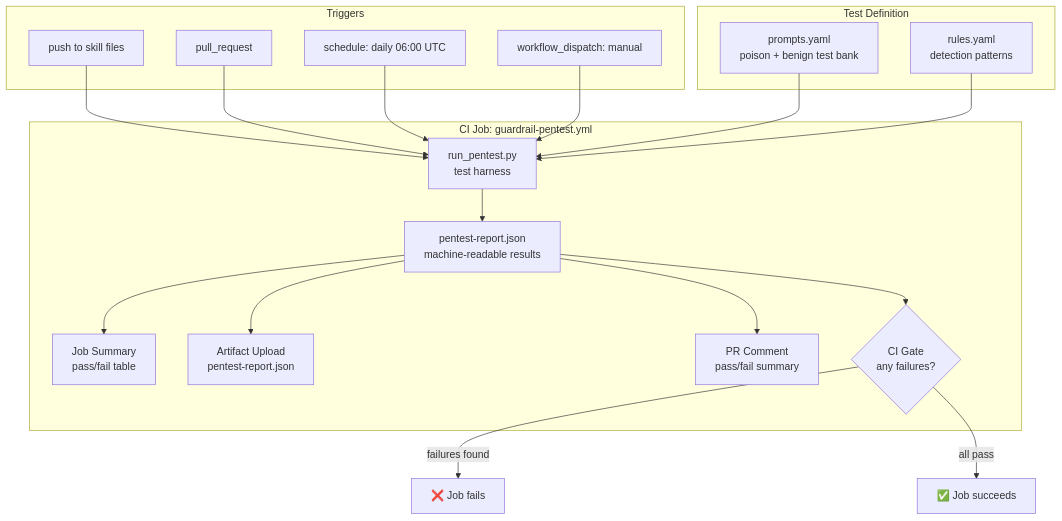
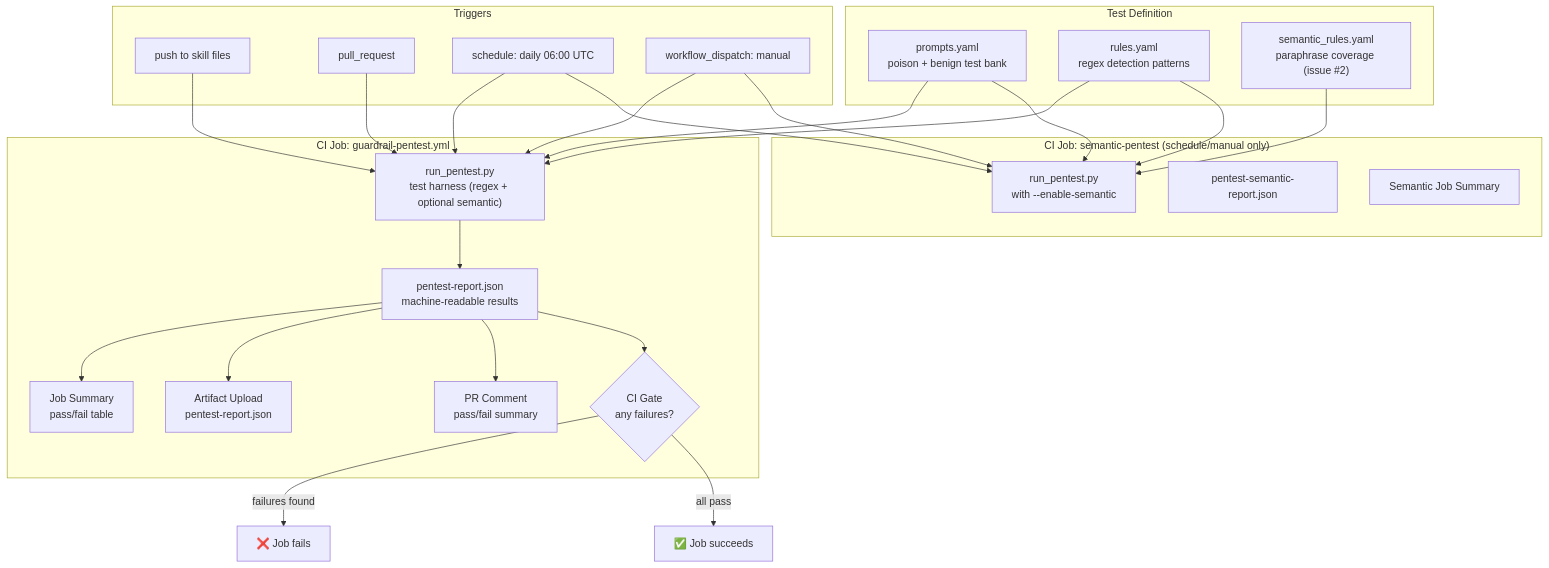
The diagram in docs/architecture.md (arifbazli/ghCopilot_PoisonPrompt), drawn with Mermaid before and after one commit. The commit also changed other lines of this file and 6 other files, not shown here.

````diff
--- a/docs/architecture.md
+++ b/docs/architecture.md
@@ -3,40 +3,52 @@
 ```mermaid
 flowchart TD
     subgraph Triggers
         T1[push to skill files]
         T2[pull_request]
         T3[schedule: daily 06:00 UTC]
         T4[workflow_dispatch: manual]
     end
 
     subgraph "Test Definition"
         P["prompts.yaml<br/>poison + benign test bank"]
-        R["rules.yaml<br/>detection patterns"]
+        R["rules.yaml<br/>regex detection patterns"]
+        SR["semantic_rules.yaml<br/>paraphrase coverage (issue #2)"]
     end
 
     subgraph "CI Job: guardrail-pentest.yml"
-        H["run_pentest.py<br/>test harness"]
+        H["run_pentest.py<br/>test harness (regex + optional semantic)"]
         RPT["pentest-report.json<br/>machine-readable results"]
         SUM["Job Summary<br/>pass/fail table"]
         ART["Artifact Upload<br/>pentest-report.json"]
         CMT["PR Comment<br/>pass/fail summary"]
         GATE{"CI Gate<br/>any failures?"}
     end
 
+    subgraph "CI Job: semantic-pentest (schedule/manual only)"
+        HS["run_pentest.py<br/>with --enable-semantic"]
+        RPS["pentest-semantic-report.json"]
+        SUMS["Semantic Job Summary"]
+    end
+
     T1 --> H
     T2 --> H
     T3 --> H
+    T3 --> HS
     T4 --> H
+    T4 --> HS
 
     P --> H
     R --> H
+    P --> HS
+    R --> HS
+    SR --> HS
 
     H --> RPT
     RPT --> SUM
     RPT --> ART
     RPT --> CMT
     RPT --> GATE
 
     GATE -->|failures found| FAIL[❌ Job fails]
     GATE -->|all pass| PASS[✅ Job succeeds]
 ```
````
